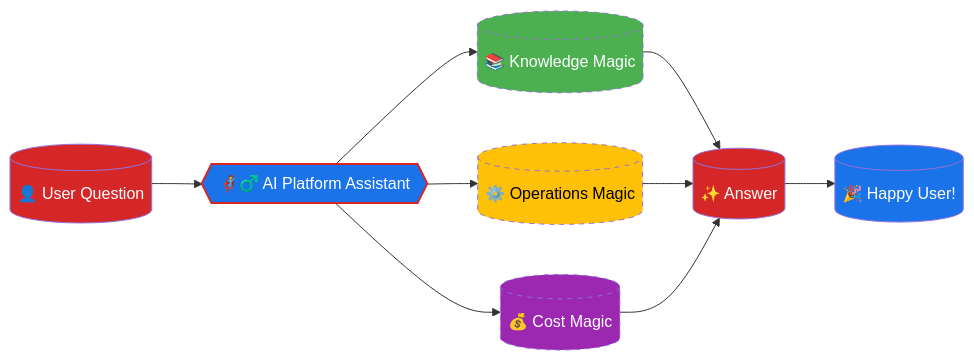
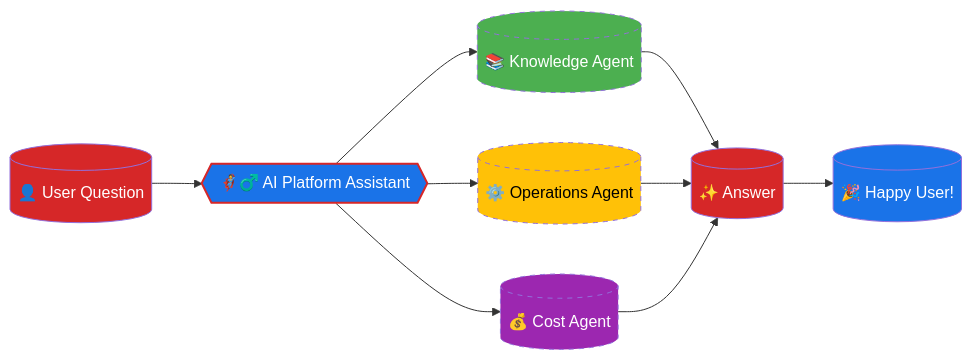
The first of 17 diagrams in README.md (raju1stnov/my_chatbot), drawn with Mermaid before and after one commit. The commit also changed other lines of this file and 1 other file, not shown here.

````diff
--- a/README.md
+++ b/README.md
@@ -50,22 +50,22 @@
 ```mermaid
 graph LR
     A[("👤 User Question")] --> B{{"🦸♂️ AI Platform Assistant"}}
-    B --> C[("📚 Knowledge Magic")]
-    B --> D[("⚙️ Operations Magic")]
-    B --> E[("💰 Cost Magic")]
+    B --> C[("📚 Knowledge Agent")]
+    B --> D[("⚙️ Operations Agent")]
+    B --> E[("💰 Cost Agent")]
     C --> F[("✨ Answer")]
     D --> F
     E --> F
     F --> G[("🎉 Happy User!")]
 
     style A fill:#D62728,color:white
     style B fill:#1a73e8,color:white,stroke:#D62728,stroke-width:2px
     style C fill:#4CAF50,color:white
     style D fill:#FFC107,color:black
     style E fill:#9C27B0,color:white
     style F fill:#D62728,color:white
     style G fill:#1a73e8,color:white
   
     classDef magic stroke-dasharray: 5 5
     class C,D,E magic
 ```
````
